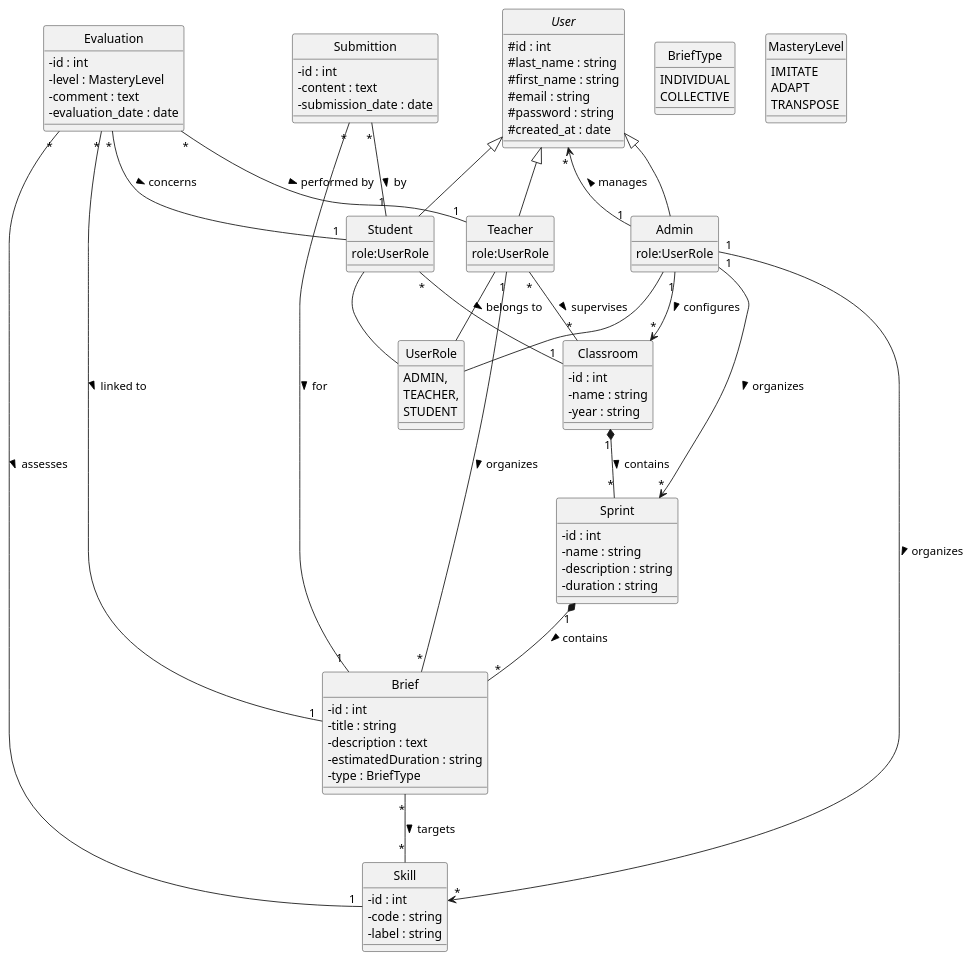
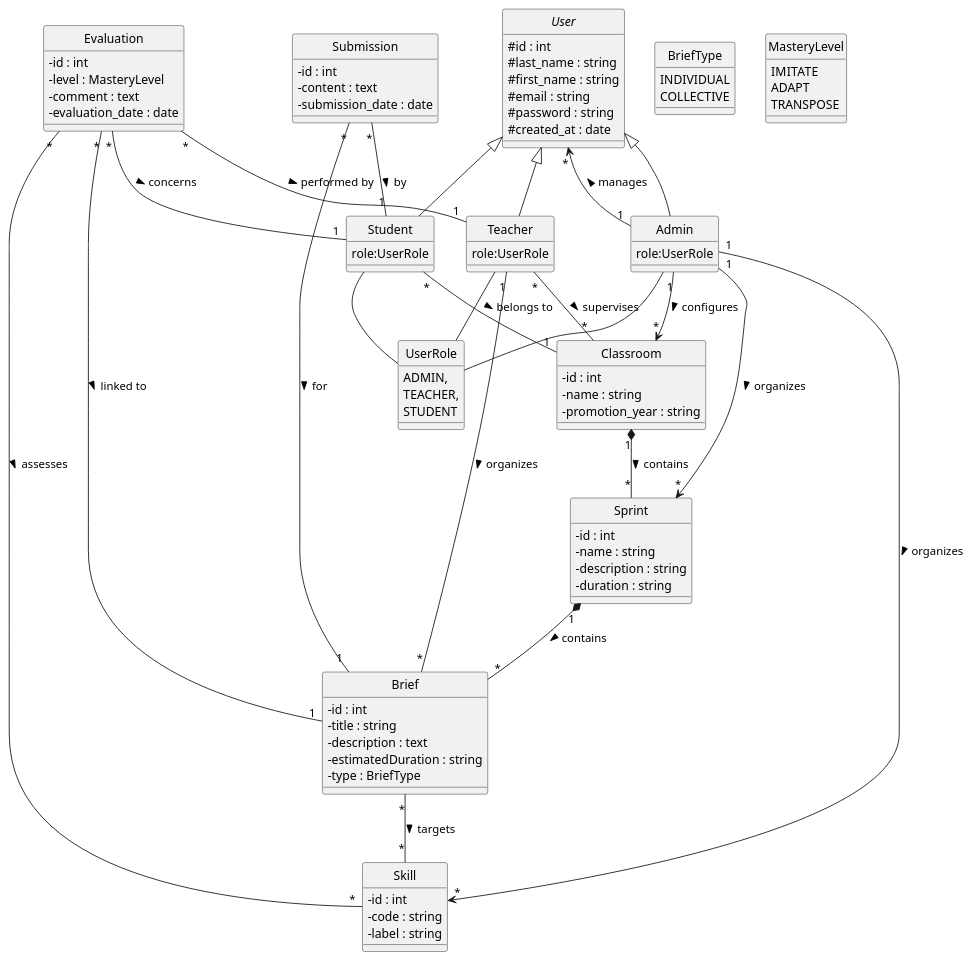
The diagram in Diagrammes/diagramme_class.puml (alimouad/system_debriefing_laravel), drawn with PlantUML before and after one commit. The commit also changed 60 other files, not shown here.

```diff
--- a/Diagrammes/diagramme_class.puml
+++ b/Diagrammes/diagramme_class.puml
@@ -1,119 +1,119 @@
 @startuml
 skinparam style strictuml
 skinparam classAttributeIconSize 0
 
 ' --- Abstract Class and Users ---
 abstract class User {
     # id : int
     # last_name : string
     # first_name : string
     # email : string
     # password : string
     # created_at : date
 }
 
 class Admin {
     role:UserRole
 }
 
 class Teacher {
       role:UserRole
 }
 
 class Student {
     role:UserRole
 }
  enum UserRole{
         ADMIN,
         TEACHER,
         STUDENT
 }
 
 ' Inheritance
 User <|-- Admin
 User <|-- Teacher
 User <|-- Student
 
 Admin -- UserRole
 Teacher -- UserRole
 Student -- UserRole
 
 
 ' --- Pedagogical Structure ---
 class Classroom {
     - id : int
     - name : string
-    - year : string
+    - promotion_year : string
 }
 
 class Sprint {
     - id : int
     - name : string
     - description : string
     - duration : string
 }
 
 class Brief {
     - id : int
     - title : string
     - description : text
     - estimatedDuration : string
     - type : BriefType
 }
 
 enum BriefType {
     INDIVIDUAL
     COLLECTIVE
 }
 
 class Skill {
     - id : int
     - code : string
     - label : string
 }
 
-class Submittion {
+class Submission {
     - id : int
     - content : text
     - submission_date : date
 }
 
 ' --- Evaluation and History ---
 class Evaluation {
     - id : int
     - level : MasteryLevel
     - comment : text
     - evaluation_date : date
 }
 
 
 
 enum MasteryLevel {
     IMITATE
     ADAPT
     TRANSPOSE
 }
 
 ' --- Relationships ---
 Admin "1" --> "*" User : manages >
 Admin "1" --> "*" Classroom : configures >
 Admin "1" --> "*" Sprint : organizes >
 Admin "1" --> "*" Skill : organizes >
 
 Classroom "1" *-- "*" Sprint : contains >
 Sprint "1" *-- "*" Brief : contains >
 
 Brief "*" -- "*" Skill : targets >
 
 Teacher "*" -- "*" Classroom : supervises >
 Teacher "1" -- "*" Brief : organizes >
 Student "*" -- "1" Classroom : belongs to >
-Submittion "*" -- "1" Brief : for >
-Submittion "*" -- "1" Student : by >
+Submission "*" -- "1" Brief : for >
+Submission "*" -- "1" Student : by >
 
 Evaluation "*" -- "1" Student : concerns >
 Evaluation "*" -- "1" Brief : linked to >
-Evaluation "*" -- "1" Skill : assesses >
+Evaluation "*" -- "*" Skill : assesses >
 Evaluation "*" -- "1" Teacher : performed by >
 
 @enduml
```
